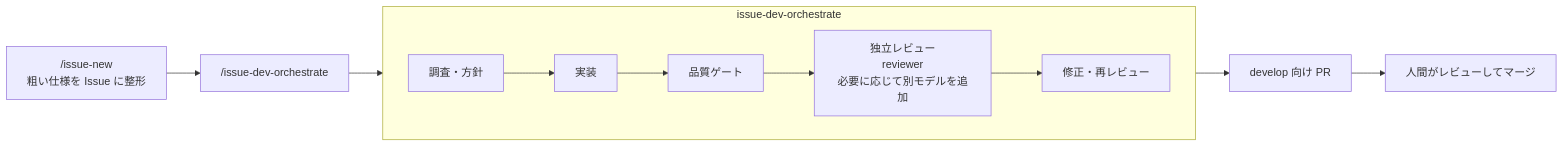
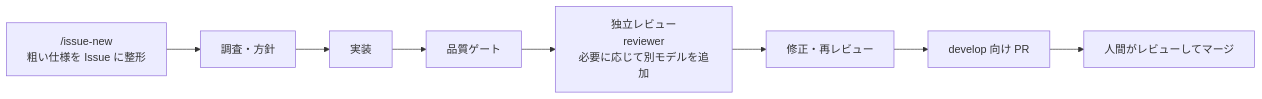
The diagram in README.md (sakatai11/tech-study-lab), drawn with Mermaid before and after one commit. The commit also changed other lines of this file and 17 other files, not shown here.

First line of the commit message:
chore: issue-dev-orchestrate スキルを削除し、機械で検査できない規約を他の規約へ移す (refs #314)

````diff
--- a/README.md
+++ b/README.md
@@ -74,11 +74,6 @@
 ```mermaid
 flowchart LR
-  A["/issue-new<br/>粗い仕様を Issue に整形"] --> B["/issue-dev-orchestrate"]
-  subgraph B2["issue-dev-orchestrate"]
-    direction LR
-    I["調査・方針"] --> D["実装"] --> T["品質ゲート"] --> R["独立レビュー<br/>reviewer<br/>必要に応じて別モデルを追加"] --> F["修正・再レビュー"]
-  end
-  B --> I
+  A["/issue-new<br/>粗い仕様を Issue に整形"] --> I["調査・方針"] --> D["実装"] --> T["品質ゲート"] --> R["独立レビュー<br/>reviewer<br/>必要に応じて別モデルを追加"] --> F["修正・再レビュー"]
   F --> PR["develop 向け PR"]
   PR --> H["人間がレビューしてマージ"]
 ```
````
